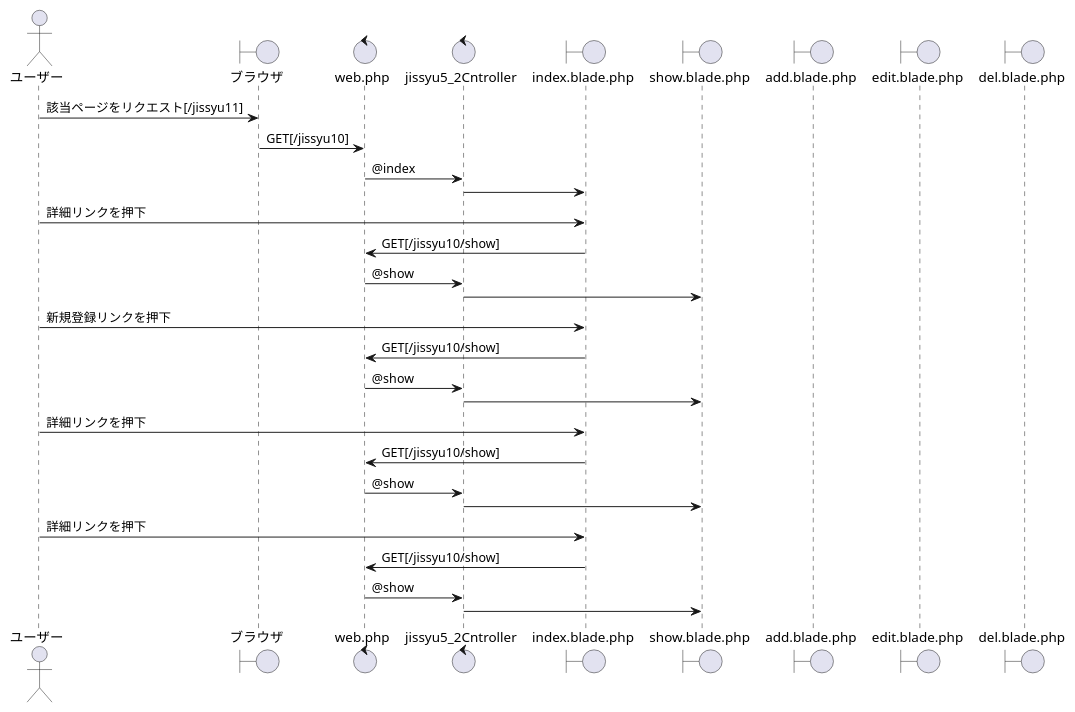
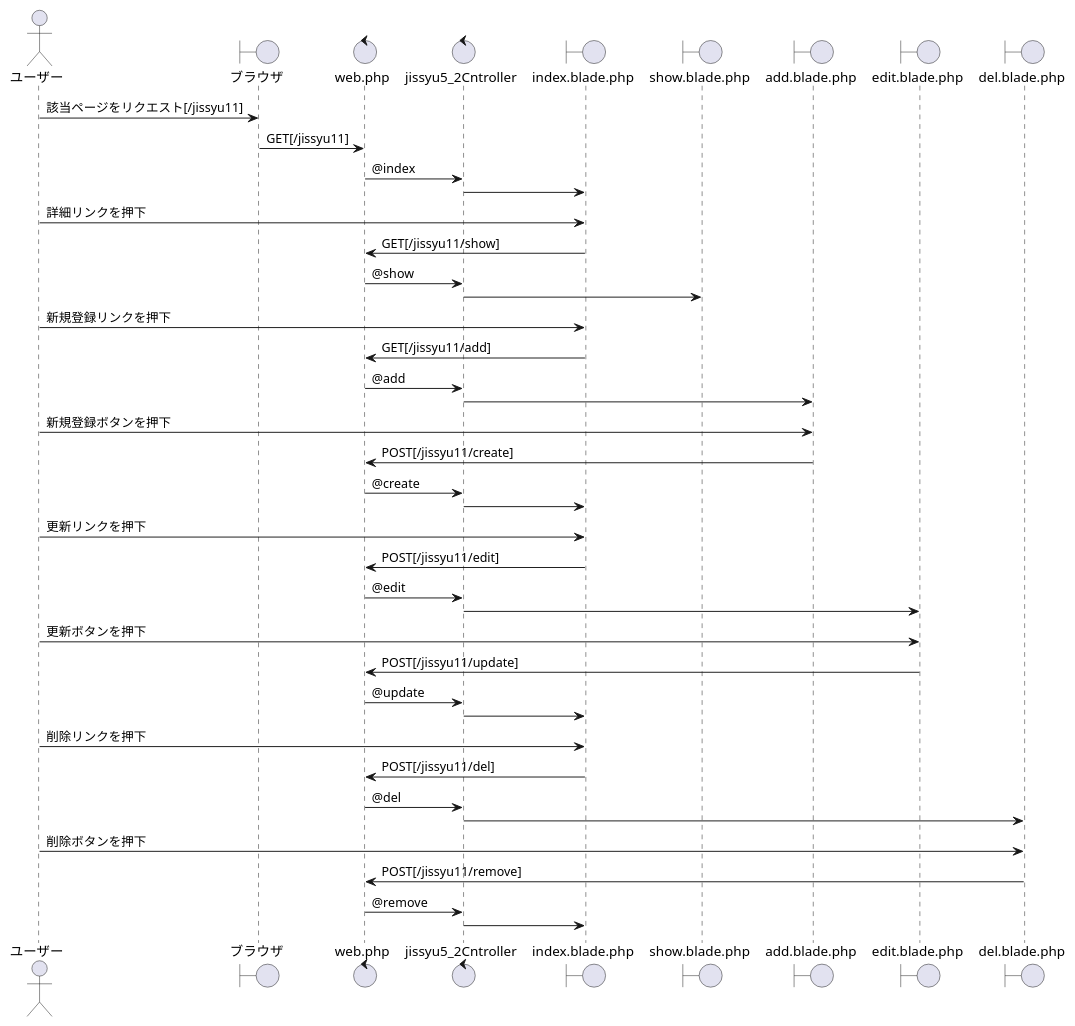
The diagram in jissyu/jissyu5_2.wsd (koki-sasaki08/Larabel), drawn with PlantUML before and after one commit. The commit also changed 27 other files, not shown here.

```diff
--- a/jissyu/jissyu5_2.wsd
+++ b/jissyu/jissyu5_2.wsd
@@ -1,36 +1,51 @@
 @startuml 実習問題5-1
     actor ユーザー as a
     boundary ブラウザ as b
     control web.php as c
     control jissyu5_2Cntroller as d
     boundary index.blade.php as e
     boundary show.blade.php as f
     boundary add.blade.php as g
     boundary edit.blade.php as h
     boundary del.blade.php as i
 
     a -> b: 該当ページをリクエスト[/jissyu11]
-    b -> c: GET[/jissyu10]
+    b -> c: GET[/jissyu11]
     c -> d: @index
     d -> e
     a -> e:詳細リンクを押下
-    e -> c:GET[/jissyu10/show]
+    e -> c:GET[/jissyu11/show]
     c -> d: @show
     d -> f
 
     a -> e:新規登録リンクを押下
-    e -> c:GET[/jissyu10/show]
-    c -> d: @show
-    d -> f
+    e -> c:GET[/jissyu11/add]
+    c -> d: @add
+    d -> g
 
-    a -> e:詳細リンクを押下
-    e -> c:GET[/jissyu10/show]
-    c -> d: @show
-    d -> f
+    a -> g:新規登録ボタンを押下
+    g -> c:POST[/jissyu11/create]
+    c -> d: @create
+    d -> e
 
-    a -> e:詳細リンクを押下
-    e -> c:GET[/jissyu10/show]
-    c -> d: @show
-    d -> f
+    a -> e:更新リンクを押下
+    e -> c:POST[/jissyu11/edit]
+    c -> d: @edit
+    d -> h
+
+    a -> h:更新ボタンを押下
+    h -> c:POST[/jissyu11/update]
+    c -> d: @update
+    d -> e
+
+    a -> e:削除リンクを押下
+    e -> c:POST[/jissyu11/del]
+    c -> d: @del
+    d -> i
+
+    a -> i:削除ボタンを押下
+    i -> c:POST[/jissyu11/remove]
+    c -> d: @remove
+    d -> e
 
 @enduml
```
